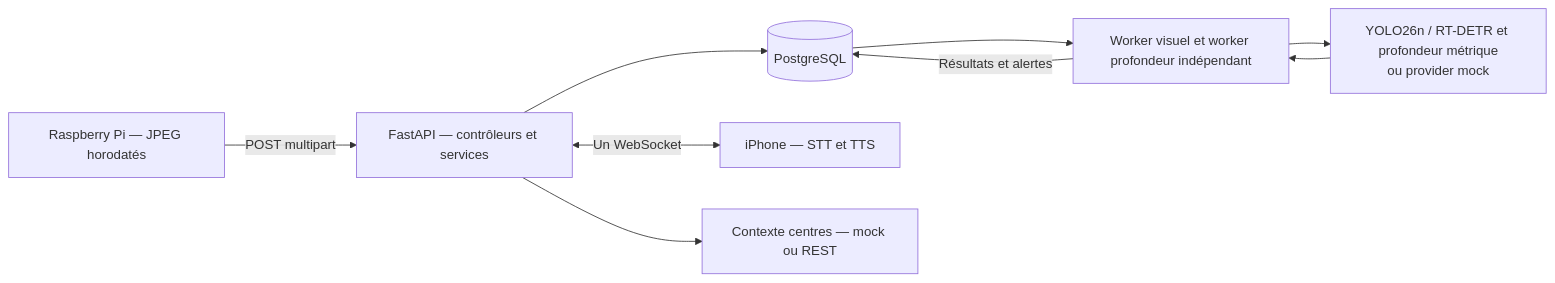
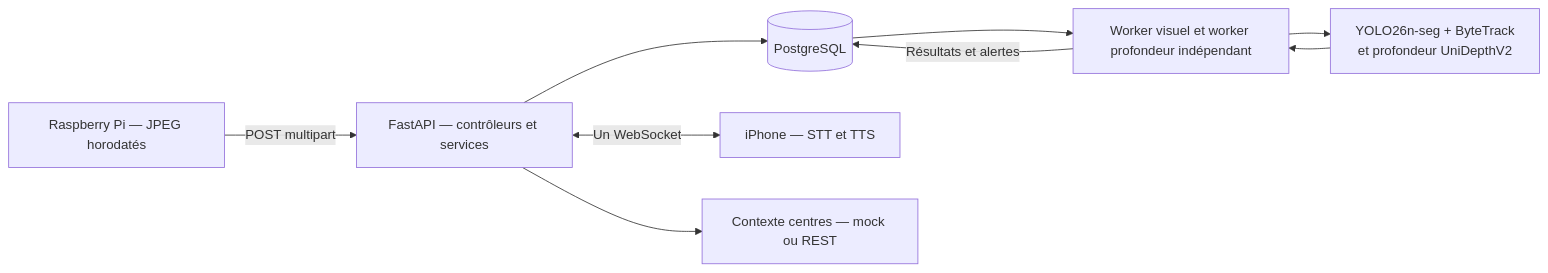
Before and after one commit to Mindsept/Looki--Vision: the diagram in README.md, drawn with Mermaid. The commit also changed other lines of this file and 7 other files, not shown here.

````diff
--- a/README.md
+++ b/README.md
@@ -7,11 +7,11 @@
 ```mermaid
 flowchart LR
     Pi["Raspberry Pi — JPEG horodatés"] -->|POST multipart| API["FastAPI — contrôleurs et services"]
     API --> DB[(PostgreSQL)]
     DB --> Worker["Worker visuel et worker profondeur indépendant"]
-    Worker --> Vision["YOLO26n / RT-DETR et profondeur métrique<br/>ou provider mock"]
+    Worker --> Vision["YOLO26n-seg + ByteTrack<br/>et profondeur UniDepthV2"]
     Vision --> Worker
     Worker -->|Résultats et alertes| DB
     API <-->|Un WebSocket| Phone["iPhone — STT et TTS"]
     API --> Centres["Contexte centres — mock ou REST"]
 ```
````
